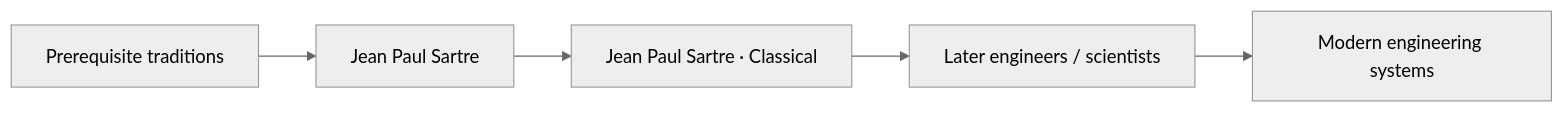
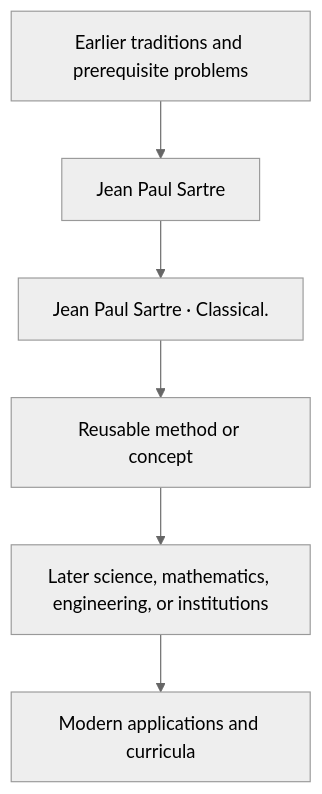
Before and after one commit to via-decide/ViaLogic: the diagram in docs/history/jean-paul-sartre/influence.md, drawn with Mermaid (neutral theme). The commit also changed other lines of this file and 858 other files, not shown here.

````diff
--- a/docs/history/jean-paul-sartre/influence.md
+++ b/docs/history/jean-paul-sartre/influence.md
@@ -29,7 +16,8 @@
 ```mermaid
-graph LR
-  prerequisites["Prerequisite traditions"] --> current["Jean Paul Sartre"]
-  current --> contribution["Jean Paul Sartre · Classical"]
-  contribution --> successors["Later engineers / scientists"]
-  successors --> modern["Modern engineering systems"]
+graph TD
+  Prior[Earlier traditions and prerequisite problems] --> Person[Jean Paul Sartre]
+  Person --> Contribution[Jean Paul Sartre · Classical.]
+  Contribution --> Method[Reusable method or concept]
+  Method --> Later[Later science, mathematics, engineering, or institutions]
+  Later --> Modern[Modern applications and curricula]
 ```
````
